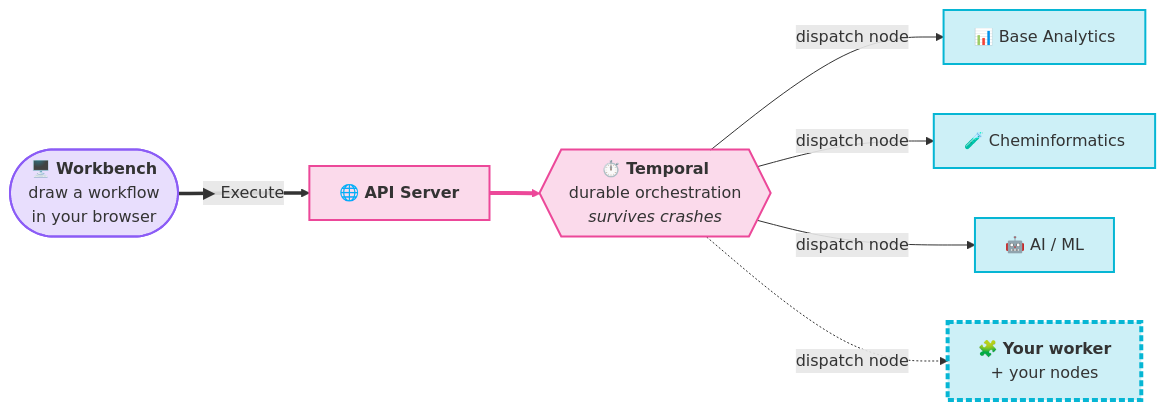
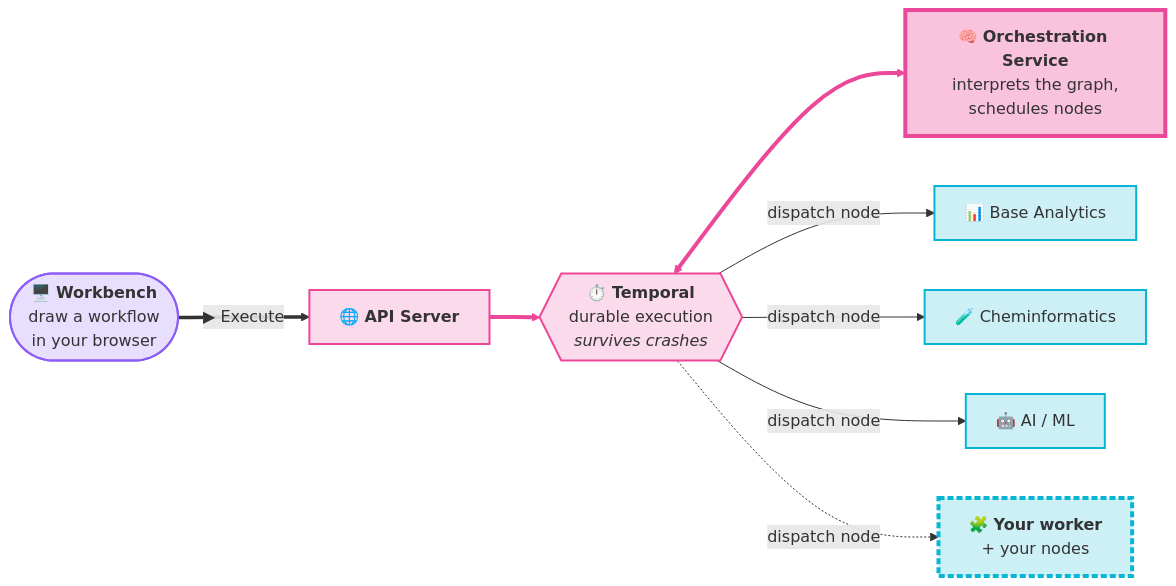
The diagram in docs/intro.mdx (projectcontinuum-org/continuum-docs), drawn with Mermaid before and after one commit. The commit also changed other lines of this file and 24 other files, not shown here.

First line of the commit message:
CONTNM-139: Add docs for Gradle plugin and Orchestration Service (#8)

````diff
--- a/docs/intro.mdx
+++ b/docs/intro.mdx
@@ -51,21 +51,25 @@
 ```mermaid
 flowchart LR
   UI(["🖥️ <b>Workbench</b><br/>draw a workflow<br/>in your browser"]) ==>|"▶ Execute"| API["🌐 <b>API Server</b>"]
-  API ==> T{{"⏱️ <b>Temporal</b><br/>durable orchestration<br/><i>survives crashes</i>"}}
+  API ==> T{{"⏱️ <b>Temporal</b><br/>durable execution<br/><i>survives crashes</i>"}}
+  T <==> O["🧠 <b>Orchestration Service</b><br/>interprets the graph,<br/>schedules nodes"]
   T -->|"dispatch node"| W1["📊 Base Analytics"]
   T -->|"dispatch node"| W2["🧪 Cheminformatics"]
   T -->|"dispatch node"| W3["🤖 AI / ML"]
   T -.->|"dispatch node"| W4["🧩 <b>Your worker</b><br/>+ your nodes"]
 
   classDef ui fill:#8b5cf633,stroke:#8b5cf6,stroke-width:2px
   classDef core fill:#ec489933,stroke:#ec4899,stroke-width:2px
   classDef stream fill:#f59e0b33,stroke:#f59e0b,stroke-width:2px
   classDef worker fill:#06b6d433,stroke:#06b6d4,stroke-width:2px
   classDef store fill:#10b98133,stroke:#10b981,stroke-width:2px
   classDef hero fill:#06b6d433,stroke:#06b6d4,stroke-width:4px,stroke-dasharray:6 3
+  classDef orch fill:#ec489955,stroke:#ec4899,stroke-width:4px
   class UI ui
   class API,T core
+  class O orch
   class W1,W2,W3 worker
   class W4 hero
   linkStyle 1 stroke:#ec4899,stroke-width:4px
+  linkStyle 2 stroke:#ec4899,stroke-width:4px
 ```
````
